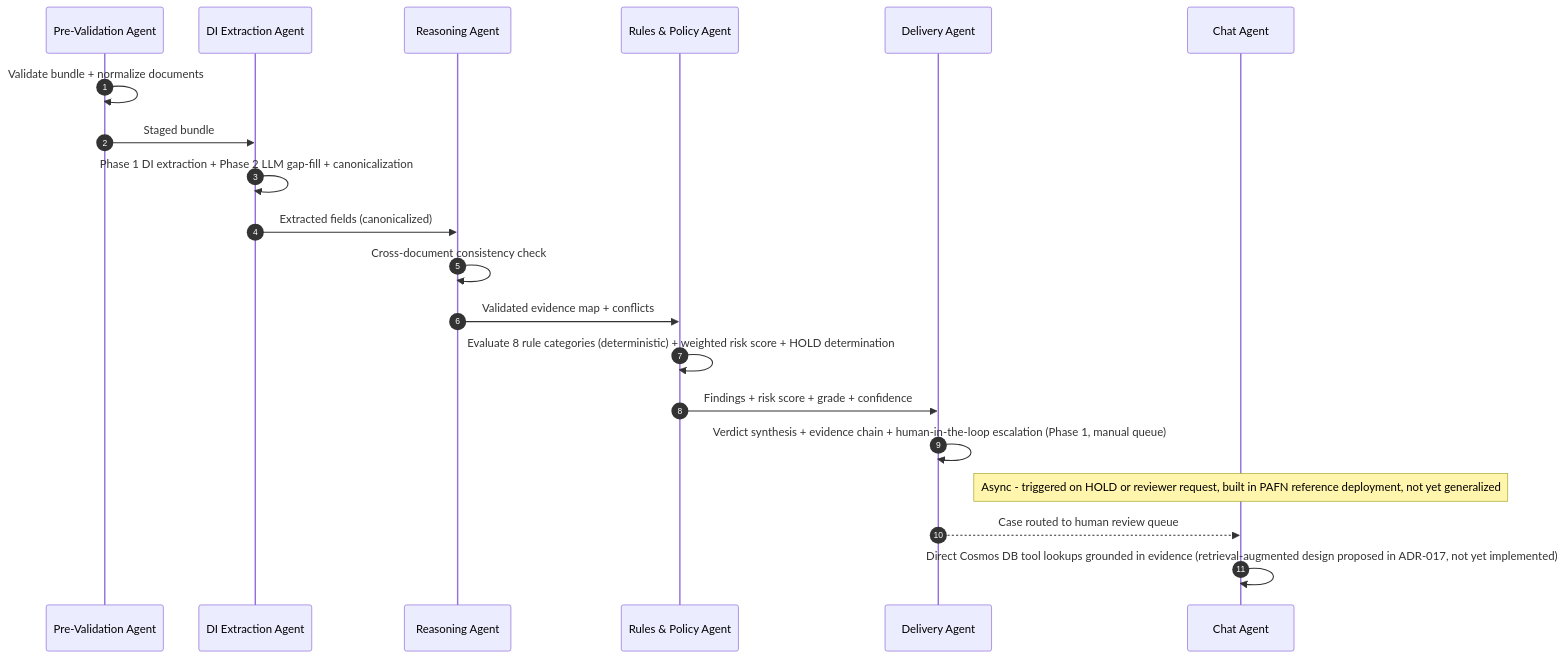
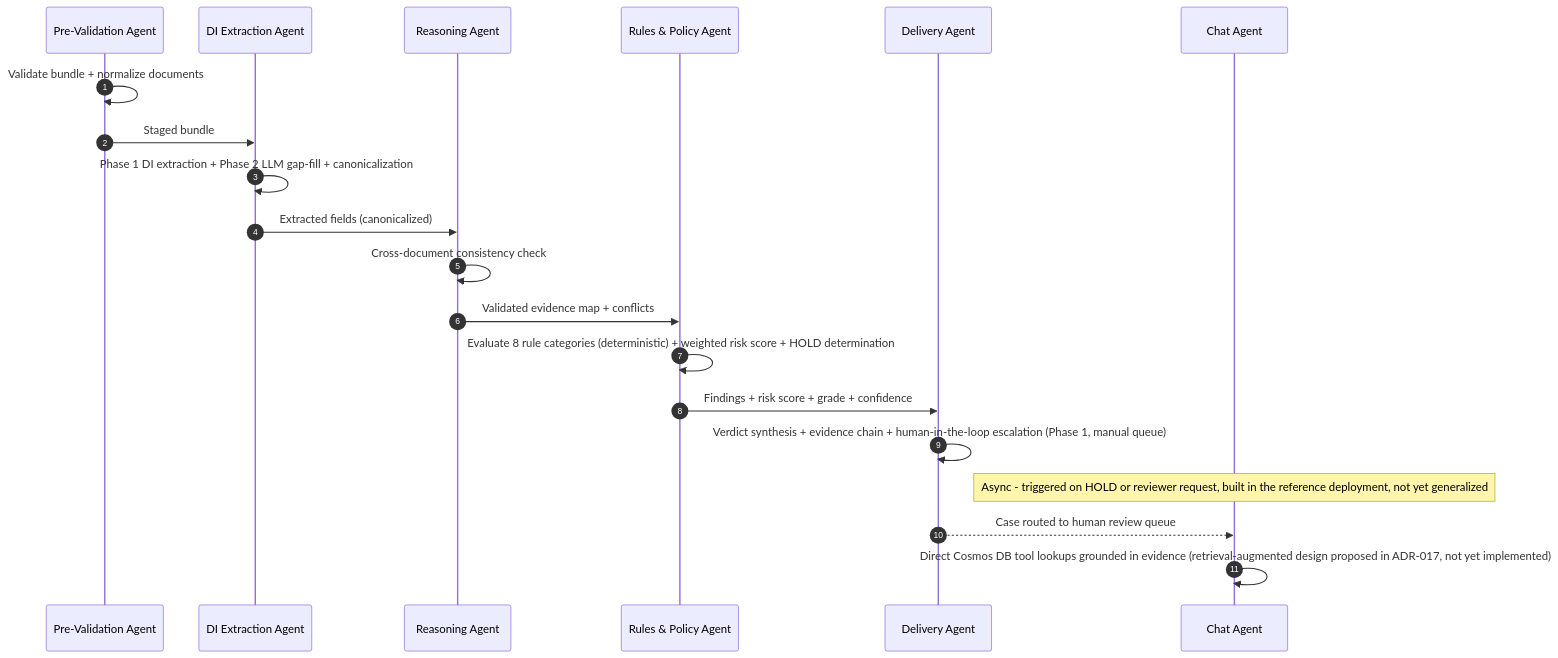
Before and after one commit to microsoft/ai-regulatory-inspection-accelerator: the second of 2 diagrams in docs/architecture/TechnicalArchitecture.md, drawn with Mermaid. The commit also changed other lines of this file and 53 other files, not shown here.

````diff
--- a/docs/architecture/TechnicalArchitecture.md
+++ b/docs/architecture/TechnicalArchitecture.md
@@ -232,23 +232,23 @@
 ```mermaid
 sequenceDiagram
     autonumber
     participant INT as Pre-Validation Agent
     participant EXT as DI Extraction Agent
     participant VAL as Reasoning Agent
     participant POL as Rules & Policy Agent
     participant REC as Delivery Agent
     participant REV as Chat Agent
 
     INT->>INT: Validate bundle + normalize documents
     INT->>EXT: Staged bundle
     EXT->>EXT: Phase 1 DI extraction + Phase 2 LLM gap-fill + canonicalization
     EXT->>VAL: Extracted fields (canonicalized)
     VAL->>VAL: Cross-document consistency check
     VAL->>POL: Validated evidence map + conflicts
     POL->>POL: Evaluate 8 rule categories (deterministic) + weighted risk score + HOLD determination
     POL->>REC: Findings + risk score + grade + confidence
     REC->>REC: Verdict synthesis + evidence chain + human-in-the-loop escalation (Phase 1, manual queue)
-    Note over REV: Async - triggered on HOLD or reviewer request, built in PAFN reference deployment, not yet generalized
+    Note over REV: Async - triggered on HOLD or reviewer request, built in the reference deployment, not yet generalized
     REC-->>REV: Case routed to human review queue
     REV->>REV: Direct Cosmos DB tool lookups grounded in evidence (retrieval-augmented design proposed in ADR-017, not yet implemented)
 ```
````
